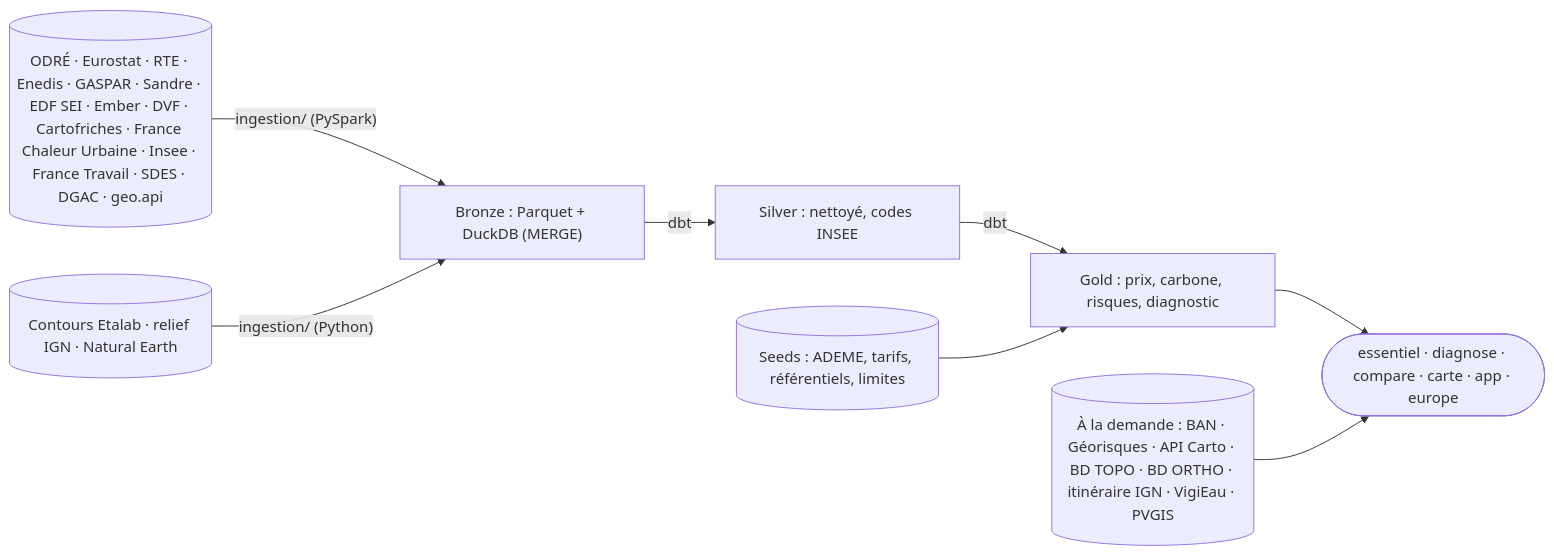
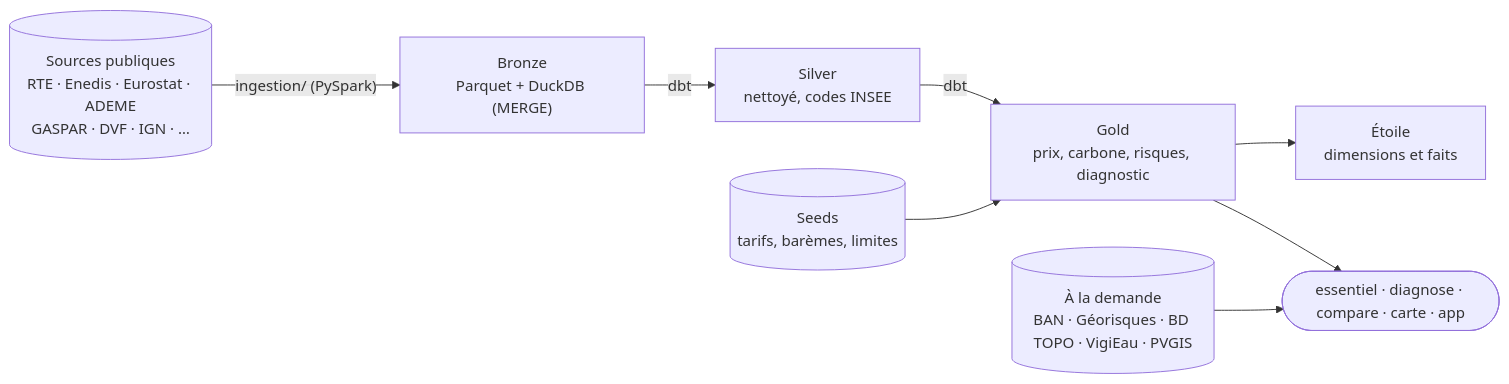
One commit to Elias-Ouafi/ou-brancher-mon-entreprise changed the diagram in README.md. Above: the diagram before and after it, drawn with Mermaid. The commit also changed other lines of this file and 32 other files, not shown here.

````diff
--- a/README.md
+++ b/README.md
@@ -267,10 +121,10 @@
 ```mermaid
 flowchart LR
-    SRC[("ODRÉ · Eurostat · RTE · Enedis · GASPAR · Sandre · EDF SEI · Ember · DVF · Cartofriches · France Chaleur Urbaine · Insee · France Travail · SDES · DGAC · geo.api")] -->|"ingestion/ (PySpark)"| B["Bronze : Parquet + DuckDB (MERGE)"]
-    B -->|dbt| S["Silver : nettoyé, codes INSEE"]
-    S -->|dbt| G["Gold : prix, carbone, risques, diagnostic"]
-    SEEDS[("Seeds : ADEME, tarifs, référentiels, limites")] --> G
-    GEO[("Contours Etalab · relief IGN · Natural Earth")] -->|"ingestion/ (Python)"| B
-    G --> CLI(["essentiel · diagnose · compare · carte · app · europe"])
-    BAN[("À la demande : BAN · Géorisques · API Carto · BD TOPO · BD ORTHO · itinéraire IGN · VigiEau · PVGIS")] --> CLI
+    SRC[("Sources publiques<br>RTE · Enedis · Eurostat · ADEME<br>GASPAR · DVF · IGN · …")] -->|"ingestion/ (PySpark)"| B["Bronze<br>Parquet + DuckDB (MERGE)"]
+    B -->|dbt| S["Silver<br>nettoyé, codes INSEE"]
+    S -->|dbt| G["Gold<br>prix, carbone, risques, diagnostic"]
+    SEEDS[("Seeds<br>tarifs, barèmes, limites")] --> G
+    G --> ETOILE["Étoile<br>dimensions et faits"]
+    G --> OUT(["essentiel · diagnose · compare · carte · app"])
+    API[("À la demande<br>BAN · Géorisques · BD TOPO · VigiEau · PVGIS")] --> OUT
 ```
````
